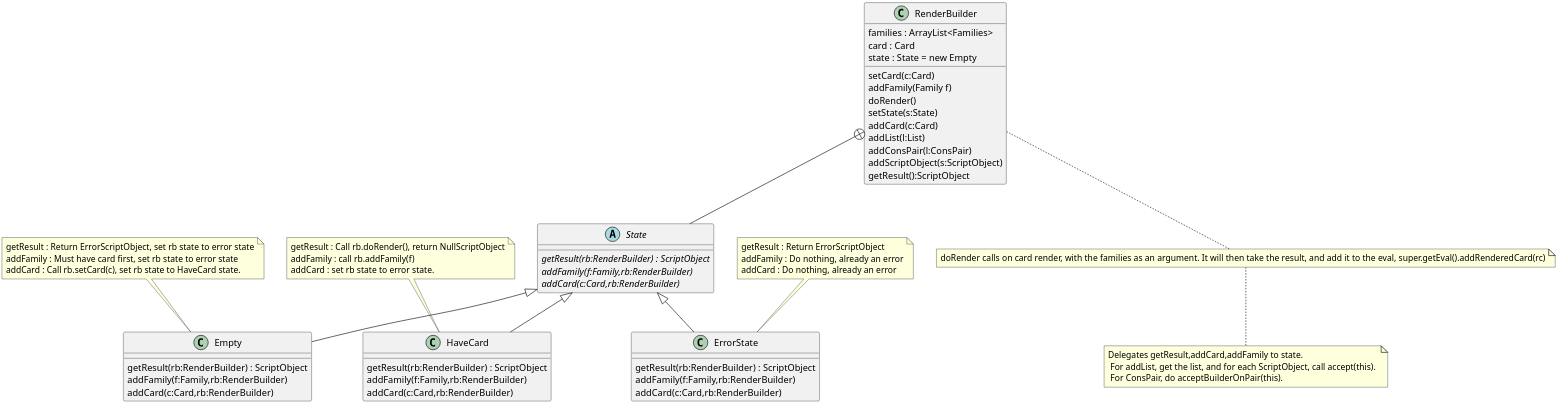
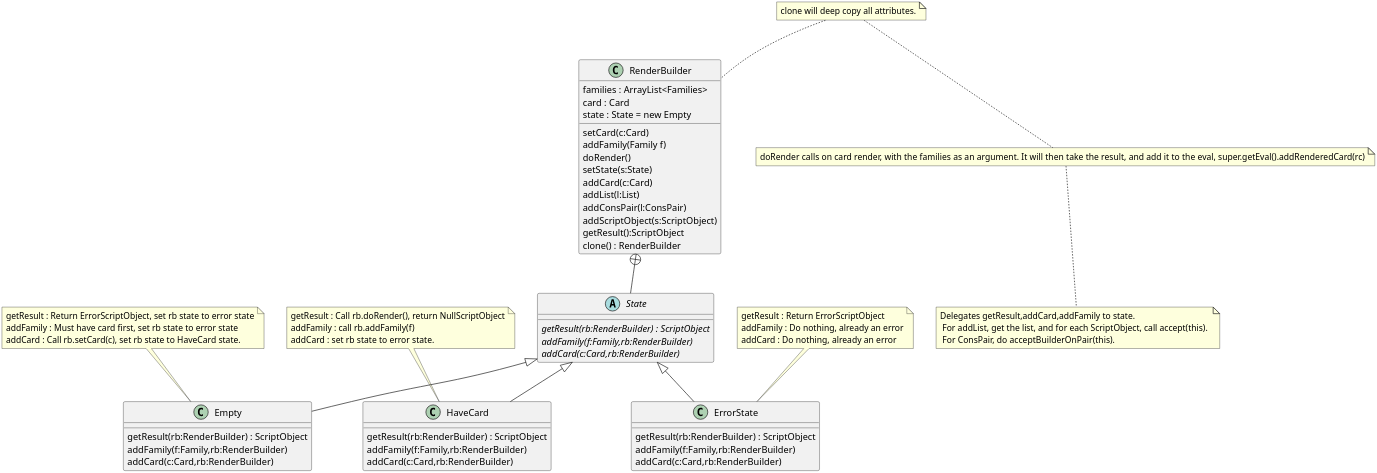
The diagram in Builder/RenderBuilder.org (MatthewBregg/DesignPatternsRepo), drawn with PlantUML before and after one commit. The commit also changed 20 other files, not shown here.

```diff
--- a/Builder/RenderBuilder.org
+++ b/Builder/RenderBuilder.org
@@ -1,67 +1,68 @@
 #+BEGIN_SRC plantuml :file RenderBuilder.png
 skinparam dpi 300
 
 class RenderBuilder
 
 RenderBuilder : families : ArrayList<Families> 
 RenderBuilder : card : Card
 RenderBuilder : setCard(c:Card)
 RenderBuilder : addFamily(Family f)
 RenderBuilder : doRender()
 RenderBuilder : state : State = new Empty
 RenderBuilder : setState(s:State)
 RenderBuilder : addCard(c:Card)
 RenderBuilder : addList(l:List)
 RenderBuilder : addConsPair(l:ConsPair)
 RenderBuilder : addScriptObject(s:ScriptObject)
 RenderBuilder : getResult():ScriptObject
-
+RenderBuilder : clone() : RenderBuilder
+note top : clone will deep copy all attributes.
 note bottom : doRender calls on card render, with the families as an argument. It will then take the result, and add it to the eval, super.getEval().addRenderedCard(rc)
 
 note bottom : Delegates getResult,addCard,addFamily to state. \n For addList, get the list, and for each ScriptObject, call accept(this). \n For ConsPair, do acceptBuilderOnPair(this).
 
 RenderBuilder +-- State
 
 abstract class State as "{abstract}\nState"
 State : {abstract}getResult(rb:RenderBuilder) : ScriptObject
 State : {abstract}addFamily(f:Family,rb:RenderBuilder)
 State : {abstract}addCard(c:Card,rb:RenderBuilder)
 
 State <|--Empty
 State <|--HaveCard
 State <|--ErrorState
 
 class Empty
 Empty : getResult(rb:RenderBuilder) : ScriptObject
 Empty : addFamily(f:Family,rb:RenderBuilder)
 Empty : addCard(c:Card,rb:RenderBuilder)
 
 note top of Empty
   getResult : Return ErrorScriptObject, set rb state to error state
   addFamily : Must have card first, set rb state to error state
   addCard : Call rb.setCard(c), set rb state to HaveCard state.
 end note
 
 class HaveCard
 HaveCard : getResult(rb:RenderBuilder) : ScriptObject
 HaveCard : addFamily(f:Family,rb:RenderBuilder)
 HaveCard : addCard(c:Card,rb:RenderBuilder)
 
 note top of HaveCard
   getResult : Call rb.doRender(), return NullScriptObject
   addFamily : call rb.addFamily(f)
   addCard : set rb state to error state.
 end note
 
 class ErrorState
 ErrorState : getResult(rb:RenderBuilder) : ScriptObject
 ErrorState : addFamily(f:Family,rb:RenderBuilder) 
 ErrorState : addCard(c:Card,rb:RenderBuilder)
 
 note top of ErrorState 
   getResult : Return ErrorScriptObject
   addFamily : Do nothing, already an error
   addCard : Do nothing, already an error
 end note
 
 #+END_SRC
```
